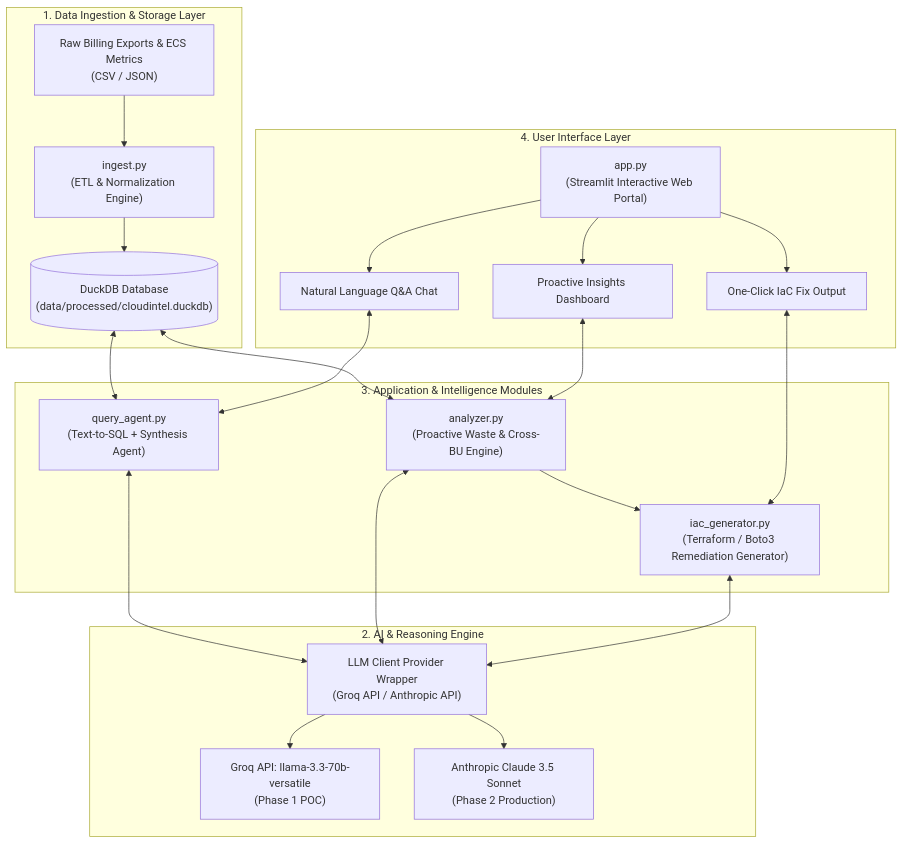
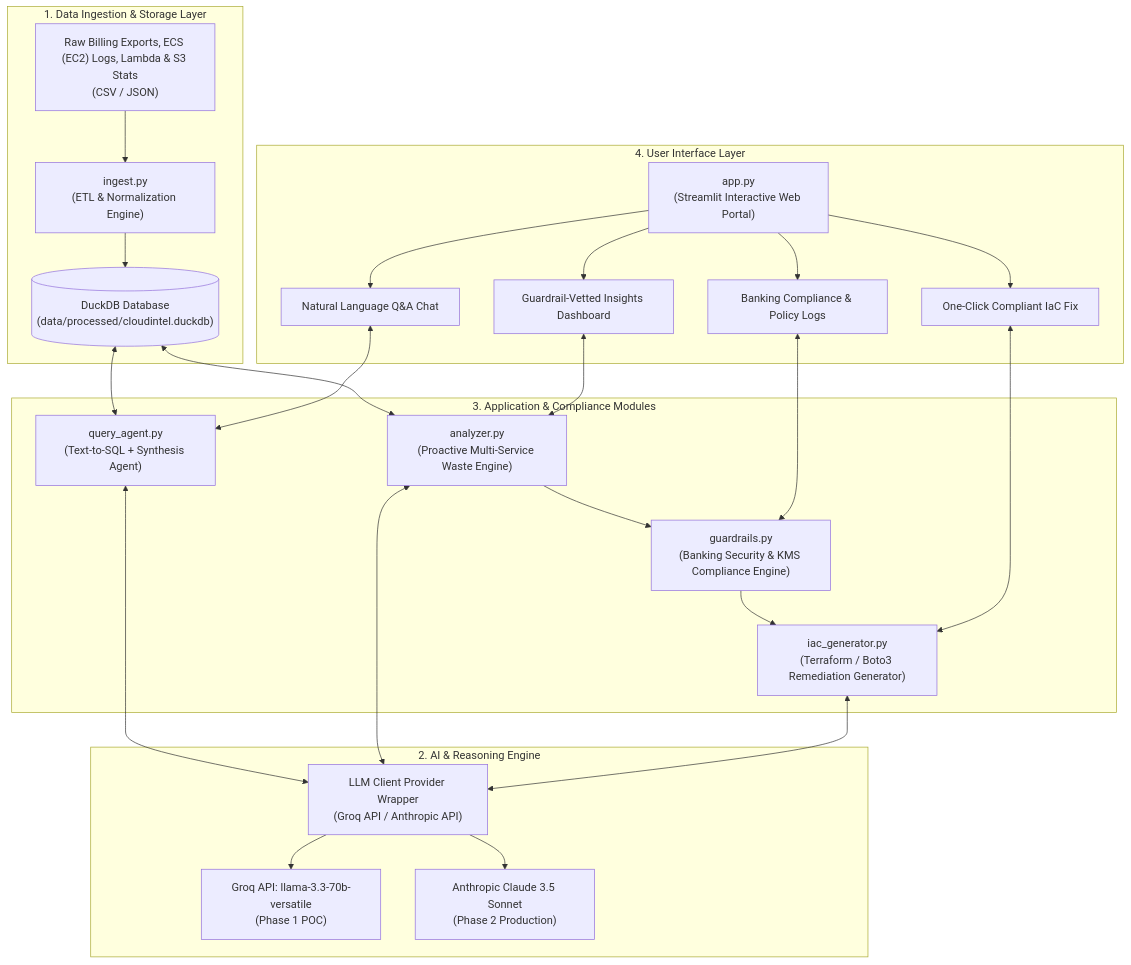
One commit to bdakshina/ai-aws-cost changed the first of 2 diagrams in docs/ARCHITECTURE.md. Above: the diagram before and after it, drawn with Mermaid. The commit also changed other lines of this file and 1 other file, not shown here.

Commit message:
docs: update Phase 1 scope to ECS-EC2, Lambda, S3 and add Banking Compliance Guardrails

````diff
--- a/docs/ARCHITECTURE.md
+++ b/docs/ARCHITECTURE.md
@@ -31,43 +32,50 @@
 ```mermaid
 flowchart TB
     subgraph Data_Layer ["1. Data Ingestion & Storage Layer"]
-        RawData["Raw Billing Exports & ECS Metrics\n(CSV / JSON)"] --> IngestEngine["ingest.py\n(ETL & Normalization Engine)"]
+        RawData["Raw Billing Exports, ECS (EC2) Logs, Lambda & S3 Stats\n(CSV / JSON)"] --> IngestEngine["ingest.py\n(ETL & Normalization Engine)"]
         IngestEngine --> DuckDB[("DuckDB Database\n(data/processed/cloudintel.duckdb)")]
     end
 
     subgraph LLM_Layer ["2. AI & Reasoning Engine"]
         LLMWrapper["LLM Client Provider Wrapper\n(Groq API / Anthropic API)"]
         GroqModel["Groq API: llama-3.3-70b-versatile\n(Phase 1 POC)"]
         ClaudeModel["Anthropic Claude 3.5 Sonnet\n(Phase 2 Production)"]
         LLMWrapper --> GroqModel
         LLMWrapper --> ClaudeModel
     end
 
-    subgraph Agent_Layer ["3. Application & Intelligence Modules"]
+    subgraph Agent_Layer ["3. Application & Compliance Modules"]
         QueryAgent["query_agent.py\n(Text-to-SQL + Synthesis Agent)"]
-        WasteAnalyzer["analyzer.py\n(Proactive Waste & Cross-BU Engine)"]
+        WasteAnalyzer["analyzer.py\n(Proactive Multi-Service Waste Engine)"]
+        GuardrailsEngine["guardrails.py\n(Banking Security & KMS Compliance Engine)"]
         IaCGenerator["iac_generator.py\n(Terraform / Boto3 Remediation Generator)"]
+        
+        WasteAnalyzer --> GuardrailsEngine
     end
 
     subgraph UI_Layer ["4. User Interface Layer"]
         StreamlitUI["app.py\n(Streamlit Interactive Web Portal)"]
         ChatInterface["Natural Language Q&A Chat"]
-        Dashboard["Proactive Insights Dashboard"]
-        RemediationUI["One-Click IaC Fix Output"]
+        Dashboard["Guardrail-Vetted Insights Dashboard"]
+        ComplianceBadge["Banking Compliance & Policy Logs"]
+        RemediationUI["One-Click Compliant IaC Fix"]
+        
         StreamlitUI --> ChatInterface
         StreamlitUI --> Dashboard
+        StreamlitUI --> ComplianceBadge
         StreamlitUI --> RemediationUI
     end
 
     %% Data Flow Connections
     DuckDB <--> QueryAgent
     DuckDB <--> WasteAnalyzer
     QueryAgent <--> LLMWrapper
     WasteAnalyzer <--> LLMWrapper
-    WasteAnalyzer --> IaCGenerator
+    GuardrailsEngine --> IaCGenerator
     IaCGenerator <--> LLMWrapper
 
     ChatInterface <--> QueryAgent
     Dashboard <--> WasteAnalyzer
+    ComplianceBadge <--> GuardrailsEngine
     RemediationUI <--> IaCGenerator
 ```
````
